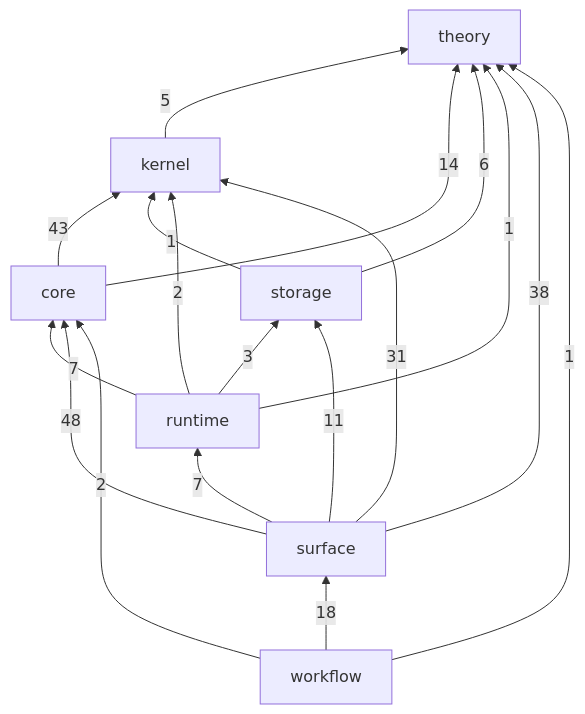
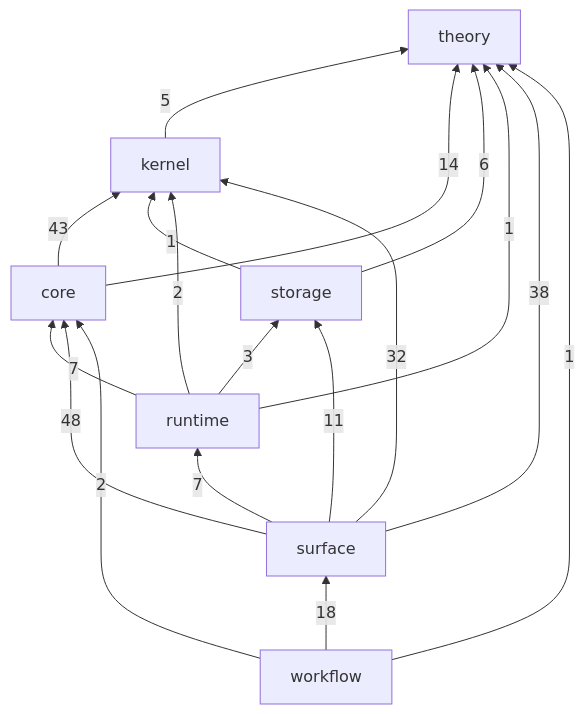
Before and after one commit to gandr-lang/gandr: the first of 2 diagrams in crates/README.md, drawn with Mermaid. The commit also changed 11 other files, not shown here.

````diff
--- a/crates/README.md
+++ b/crates/README.md
@@ -27,27 +27,27 @@
 ```mermaid
 flowchart BT
   theory
   kernel
   core
   storage
   runtime
   surface
   workflow
   kernel -->|5| theory
   core -->|14| theory
   core -->|43| kernel
   storage -->|6| theory
   storage -->|1| kernel
   runtime -->|1| theory
   runtime -->|2| kernel
   runtime -->|7| core
   runtime -->|3| storage
   surface -->|38| theory
-  surface -->|31| kernel
+  surface -->|32| kernel
   surface -->|48| core
   surface -->|11| storage
   surface -->|7| runtime
   workflow -->|1| theory
   workflow -->|2| core
   workflow -->|18| surface
 ```
````
